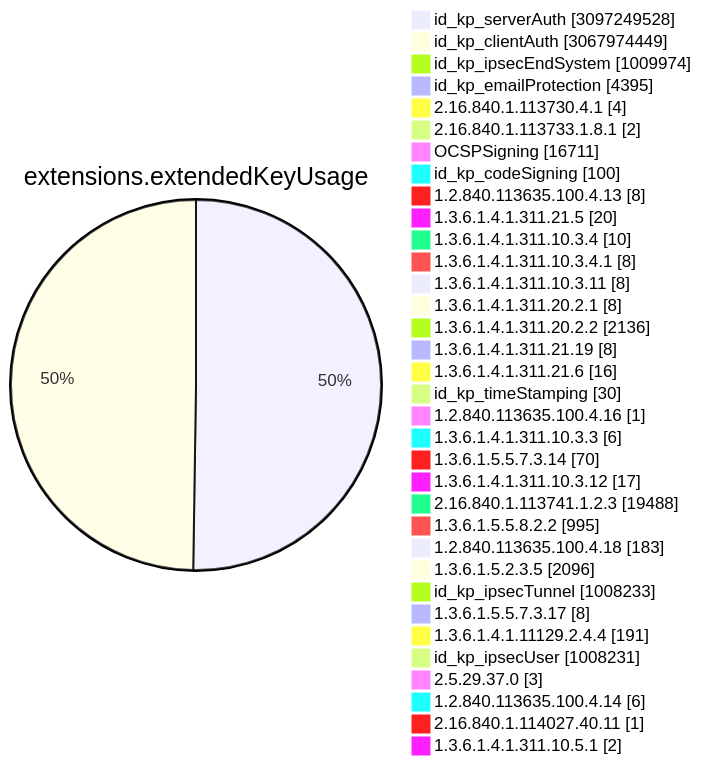
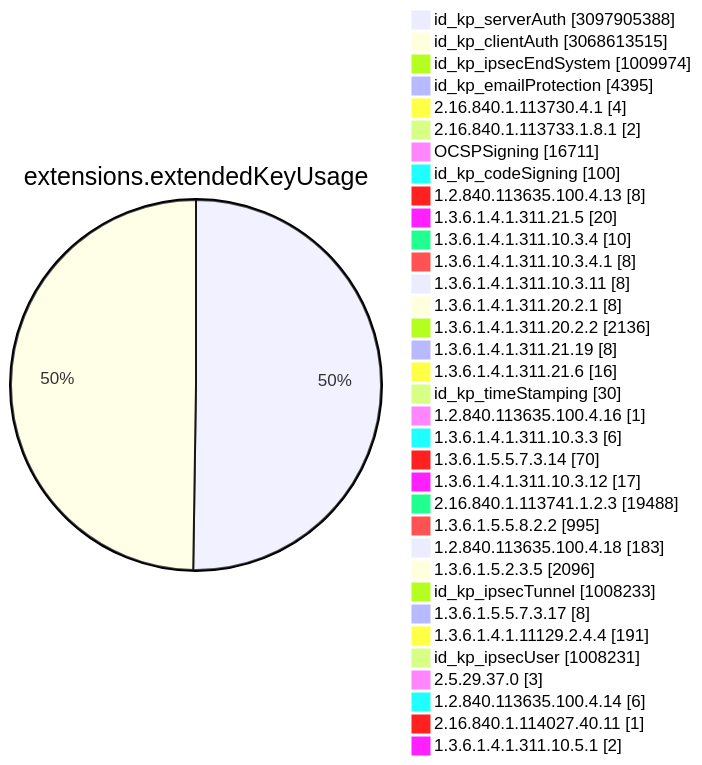
Before and after one commit to christiankrug/ctmonitor_visualization: diagram 11 of 15 in TOTAL/README.md, drawn with Mermaid. The commit also changed other lines of this file, not shown here.

````diff
--- a/TOTAL/README.md
+++ b/TOTAL/README.md
@@ -4119,38 +4119,38 @@
 ```mermaid
 pie showData
 title extensions.extendedKeyUsage
-"id_kp_serverAuth" :3097249528
-"id_kp_clientAuth" :3067974449
+"id_kp_serverAuth" :3097905388
+"id_kp_clientAuth" :3068613515
 "id_kp_ipsecEndSystem" :1009974
 "id_kp_emailProtection" :4395
 "2.16.840.1.113730.4.1" :4
 "2.16.840.1.113733.1.8.1" :2
 "OCSPSigning" :16711
 "id_kp_codeSigning" :100
 "1.2.840.113635.100.4.13" :8
 "1.3.6.1.4.1.311.21.5" :20
 "1.3.6.1.4.1.311.10.3.4" :10
 "1.3.6.1.4.1.311.10.3.4.1" :8
 "1.3.6.1.4.1.311.10.3.11" :8
 "1.3.6.1.4.1.311.20.2.1" :8
 "1.3.6.1.4.1.311.20.2.2" :2136
 "1.3.6.1.4.1.311.21.19" :8
 "1.3.6.1.4.1.311.21.6" :16
 "id_kp_timeStamping" :30
 "1.2.840.113635.100.4.16" :1
 "1.3.6.1.4.1.311.10.3.3" :6
 "1.3.6.1.5.5.7.3.14" :70
 "1.3.6.1.4.1.311.10.3.12" :17
 "2.16.840.1.113741.1.2.3" :19488
 "1.3.6.1.5.5.8.2.2" :995
 "1.2.840.113635.100.4.18" :183
 "1.3.6.1.5.2.3.5" :2096
 "id_kp_ipsecTunnel" :1008233
 "1.3.6.1.5.5.7.3.17" :8
 "1.3.6.1.4.1.11129.2.4.4" :191
 "id_kp_ipsecUser" :1008231
 "2.5.29.37.0" :3
 "1.2.840.113635.100.4.14" :6
 "2.16.840.1.114027.40.11" :1
 "1.3.6.1.4.1.311.10.5.1" :2
 ```
````
